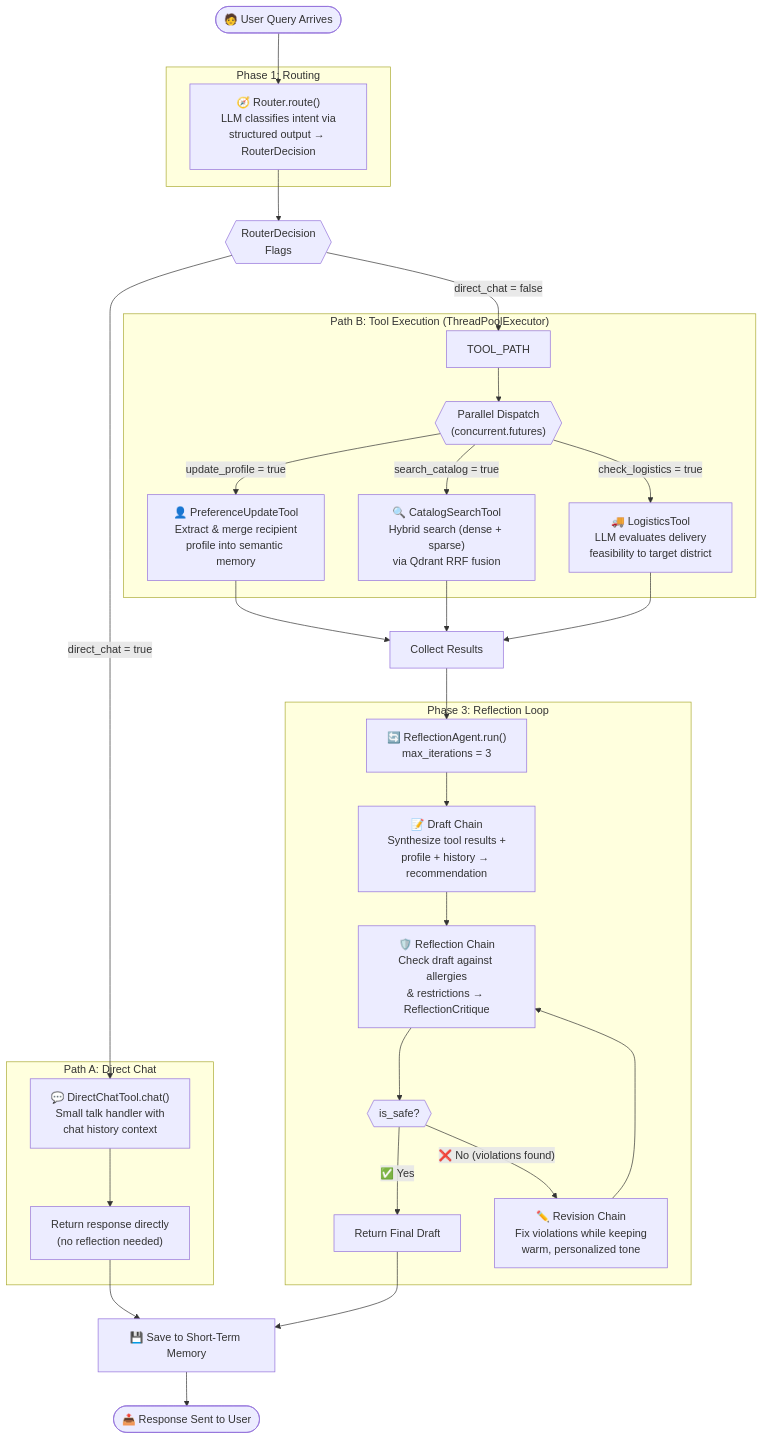
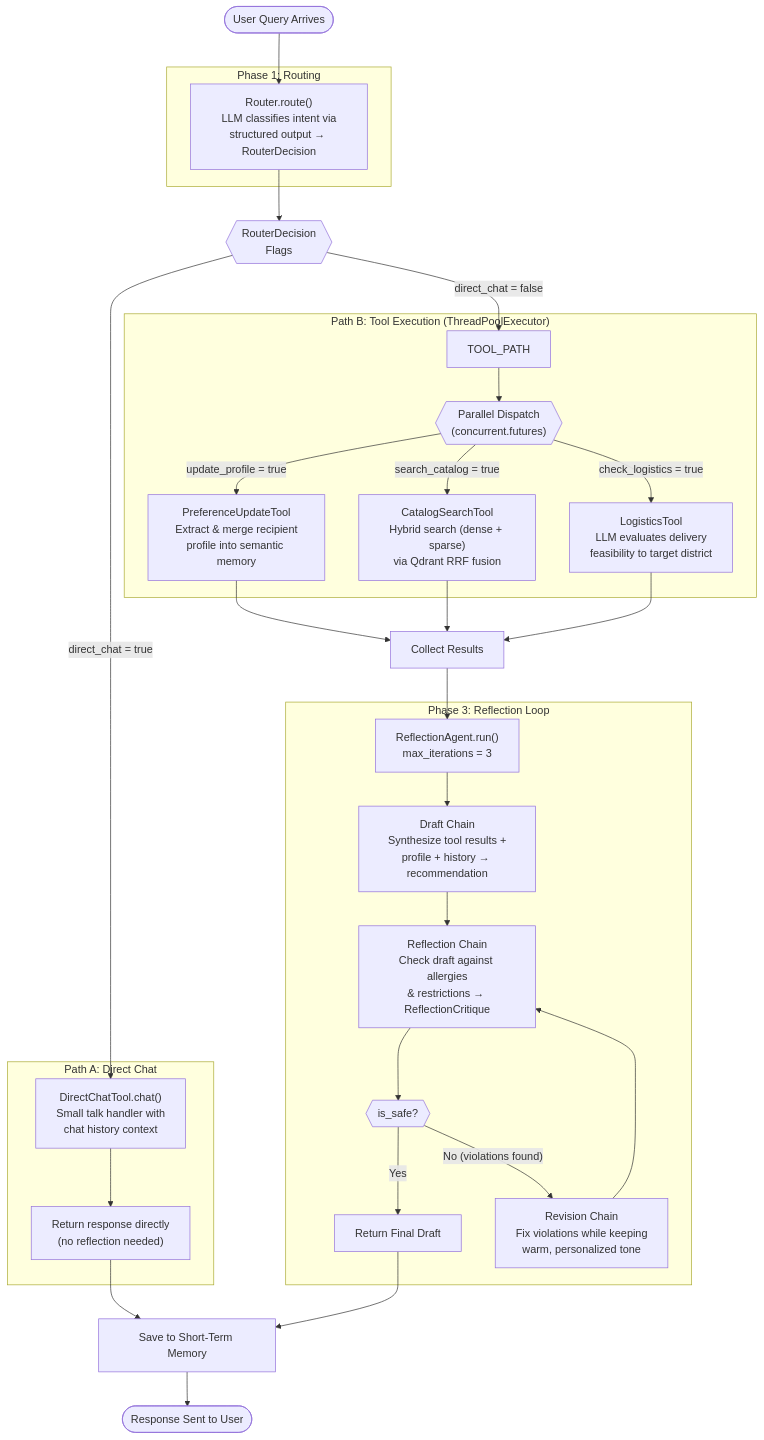
One commit to AsinduDeSilva/kapruka-gift-concierge changed the second of 11 diagrams in ARCHITECTURE.md. Above: the diagram before and after it, drawn with Mermaid. The commit also changed other lines of this file and 3 other files, not shown here.

````diff
--- a/ARCHITECTURE.md
+++ b/ARCHITECTURE.md
@@ -96,46 +96,46 @@
 ```mermaid
 flowchart TD
-    START(["🧑 User Query Arrives"]) --> ROUTE
+    START(["User Query Arrives"]) --> ROUTE
 
     subgraph "Phase 1: Routing"
-        ROUTE["🧭 Router.route()<br/>LLM classifies intent via<br/>structured output → RouterDecision"]
+        ROUTE["Router.route()<br/>LLM classifies intent via<br/>structured output → RouterDecision"]
     end
 
     ROUTE --> DECISION{{"RouterDecision<br/>Flags"}}
 
     DECISION -->|"direct_chat = true"| DC_PATH
     DECISION -->|"direct_chat = false"| TOOL_PATH
 
     subgraph "Path A: Direct Chat"
-        DC_PATH["💬 DirectChatTool.chat()<br/>Small talk handler with<br/>chat history context"]
+        DC_PATH["DirectChatTool.chat()<br/>Small talk handler with<br/>chat history context"]
         DC_PATH --> DC_RETURN["Return response directly<br/>(no reflection needed)"]
     end
 
     subgraph "Path B: Tool Execution (ThreadPoolExecutor)"
         TOOL_PATH --> PARALLEL{{"Parallel Dispatch<br/>(concurrent.futures)"}}
         
-        PARALLEL -->|"update_profile = true"| PREF["👤 PreferenceUpdateTool<br/>Extract & merge recipient<br/>profile into semantic memory"]
-        PARALLEL -->|"search_catalog = true"| CAT["🔍 CatalogSearchTool<br/>Hybrid search (dense + sparse)<br/>via Qdrant RRF fusion"]
-        PARALLEL -->|"check_logistics = true"| LOG["🚚 LogisticsTool<br/>LLM evaluates delivery<br/>feasibility to target district"]
+        PARALLEL -->|"update_profile = true"| PREF["PreferenceUpdateTool<br/>Extract & merge recipient<br/>profile into semantic memory"]
+        PARALLEL -->|"search_catalog = true"| CAT["CatalogSearchTool<br/>Hybrid search (dense + sparse)<br/>via Qdrant RRF fusion"]
+        PARALLEL -->|"check_logistics = true"| LOG["LogisticsTool<br/>LLM evaluates delivery<br/>feasibility to target district"]
     end
 
     PREF --> COLLECT["Collect Results"]
     CAT --> COLLECT
     LOG --> COLLECT
 
     COLLECT --> REFLECT_LOOP
 
     subgraph "Phase 3: Reflection Loop"
-        REFLECT_LOOP["🔄 ReflectionAgent.run()<br/>max_iterations = 3"]
-        REFLECT_LOOP --> DRAFT["📝 Draft Chain<br/>Synthesize tool results +<br/>profile + history → recommendation"]
-        DRAFT --> CRITIQUE["🛡️ Reflection Chain<br/>Check draft against allergies<br/>& restrictions → ReflectionCritique"]
+        REFLECT_LOOP["ReflectionAgent.run()<br/>max_iterations = 3"]
+        REFLECT_LOOP --> DRAFT["Draft Chain<br/>Synthesize tool results +<br/>profile + history → recommendation"]
+        DRAFT --> CRITIQUE["Reflection Chain<br/>Check draft against allergies<br/>& restrictions → ReflectionCritique"]
         CRITIQUE --> SAFE{{"is_safe?"}}
-        SAFE -->|"✅ Yes"| FINAL["Return Final Draft"]
-        SAFE -->|"❌ No (violations found)"| REVISE["✏️ Revision Chain<br/>Fix violations while keeping<br/>warm, personalized tone"]
+        SAFE -->|"Yes"| FINAL["Return Final Draft"]
+        SAFE -->|"No (violations found)"| REVISE["Revision Chain<br/>Fix violations while keeping<br/>warm, personalized tone"]
         REVISE --> CRITIQUE
     end
 
-    DC_RETURN --> MEMORY["💾 Save to Short-Term Memory"]
+    DC_RETURN --> MEMORY["Save to Short-Term Memory"]
     FINAL --> MEMORY
-    MEMORY --> END(["📤 Response Sent to User"])
+    MEMORY --> END(["Response Sent to User"])
 ```
````
